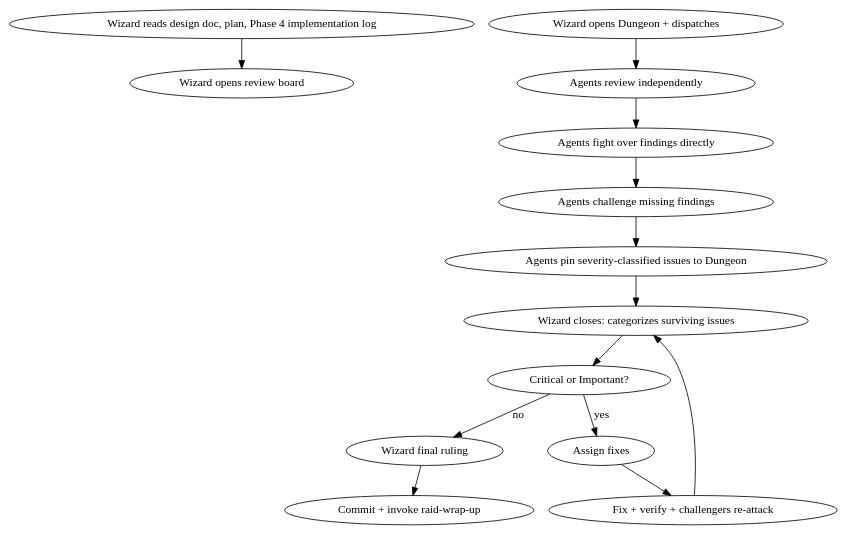
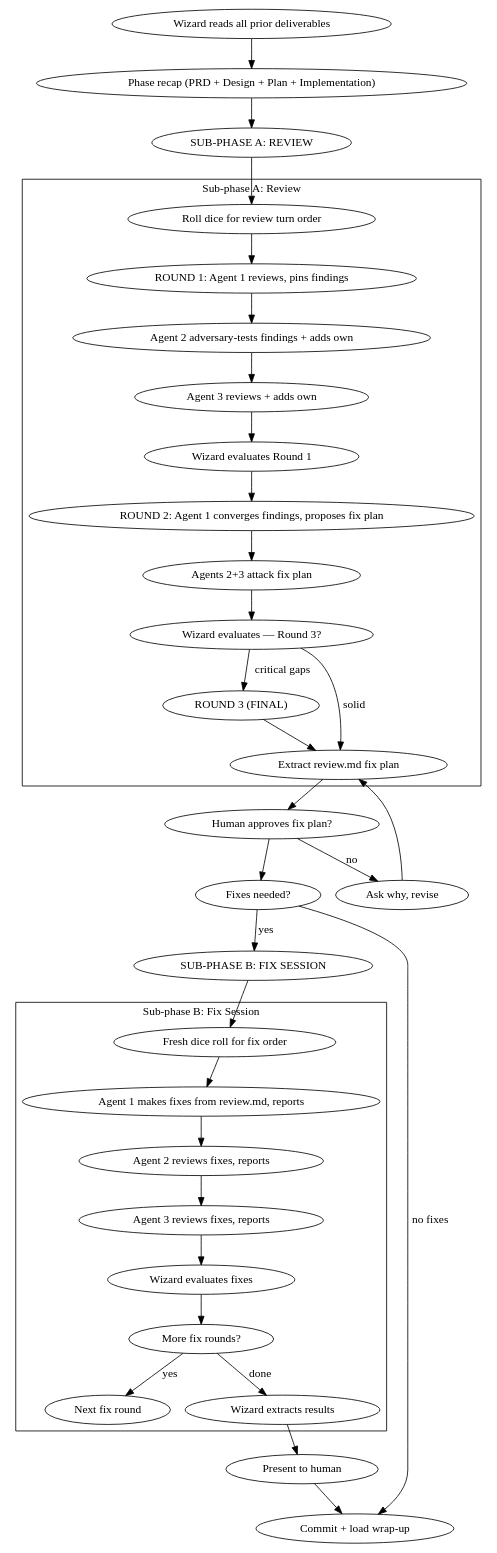
One commit to pedropicardi/claude-raid changed the diagram in template/.claude/skills/raid-canonical-review/SKILL.md. Above: the diagram before and after it, drawn with Graphviz. The commit also changed other lines of this file and 2 other files, not shown here.

Commit message:
feat(skills): update Review, Wrap-up, and Protocol paths

````diff
--- a/template/.claude/skills/raid-canonical-review/SKILL.md
+++ b/template/.claude/skills/raid-canonical-review/SKILL.md
@@ -22,16 +16,43 @@
 ```dot
 digraph review {
-  "Wizard reads design doc, plan, Phase 4 implementation log" -> "Wizard opens review board";
-  "Wizard opens Dungeon + dispatches" -> "Agents review independently";
-  "Agents review independently" -> "Agents fight over findings directly";
-  "Agents fight over findings directly" -> "Agents challenge missing findings";
-  "Agents challenge missing findings" -> "Agents pin severity-classified issues to Dungeon";
-  "Agents pin severity-classified issues to Dungeon" -> "Wizard closes: categorizes surviving issues";
-  "Wizard closes: categorizes surviving issues" -> "Critical or Important?" [shape=diamond];
-  "Critical or Important?" -> "Assign fixes" [label="yes"];
-  "Assign fixes" -> "Fix + verify + challengers re-attack";
-  "Fix + verify + challengers re-attack" -> "Wizard closes: categorizes surviving issues";
-  "Critical or Important?" -> "Wizard final ruling" [label="no"];
-  "Wizard final ruling" -> "Commit + invoke raid-wrap-up" [shape=doublecircle];
+  "Wizard reads all prior deliverables" -> "Phase recap (PRD + Design + Plan + Implementation)";
+  "Phase recap (PRD + Design + Plan + Implementation)" -> "SUB-PHASE A: REVIEW";
+
+  subgraph cluster_review {
+    label="Sub-phase A: Review";
+    "Roll dice for review turn order" -> "ROUND 1: Agent 1 reviews, pins findings";
+    "ROUND 1: Agent 1 reviews, pins findings" -> "Agent 2 adversary-tests findings + adds own";
+    "Agent 2 adversary-tests findings + adds own" -> "Agent 3 reviews + adds own";
+    "Agent 3 reviews + adds own" -> "Wizard evaluates Round 1";
+    "Wizard evaluates Round 1" -> "ROUND 2: Agent 1 converges findings, proposes fix plan";
+    "ROUND 2: Agent 1 converges findings, proposes fix plan" -> "Agents 2+3 attack fix plan";
+    "Agents 2+3 attack fix plan" -> "Wizard evaluates — Round 3?" [shape=diamond];
+    "Wizard evaluates — Round 3?" -> "ROUND 3 (FINAL)" [label="critical gaps"];
+    "Wizard evaluates — Round 3?" -> "Extract review.md fix plan" [label="solid"];
+    "ROUND 3 (FINAL)" -> "Extract review.md fix plan";
+  }
+
+  "SUB-PHASE A: REVIEW" -> "Roll dice for review turn order";
+  "Extract review.md fix plan" -> "Human approves fix plan?" [shape=diamond];
+  "Human approves fix plan?" -> "Ask why, revise" [label="no"];
+  "Ask why, revise" -> "Extract review.md fix plan";
+  "Human approves fix plan?" -> "Fixes needed?" [shape=diamond];
+  "Fixes needed?" -> "SUB-PHASE B: FIX SESSION" [label="yes"];
+  "Fixes needed?" -> "Commit + load wrap-up" [label="no fixes", shape=doublecircle];
+
+  subgraph cluster_fix {
+    label="Sub-phase B: Fix Session";
+    "Fresh dice roll for fix order" -> "Agent 1 makes fixes from review.md, reports";
+    "Agent 1 makes fixes from review.md, reports" -> "Agent 2 reviews fixes, reports";
+    "Agent 2 reviews fixes, reports" -> "Agent 3 reviews fixes, reports";
+    "Agent 3 reviews fixes, reports" -> "Wizard evaluates fixes";
+    "Wizard evaluates fixes" -> "More fix rounds?" [shape=diamond];
+    "More fix rounds?" -> "Next fix round" [label="yes"];
+    "More fix rounds?" -> "Wizard extracts results" [label="done"];
+  }
+
+  "SUB-PHASE B: FIX SESSION" -> "Fresh dice roll for fix order";
+  "Wizard extracts results" -> "Present to human";
+  "Present to human" -> "Commit + load wrap-up" [shape=doublecircle];
 }
 ```
````
